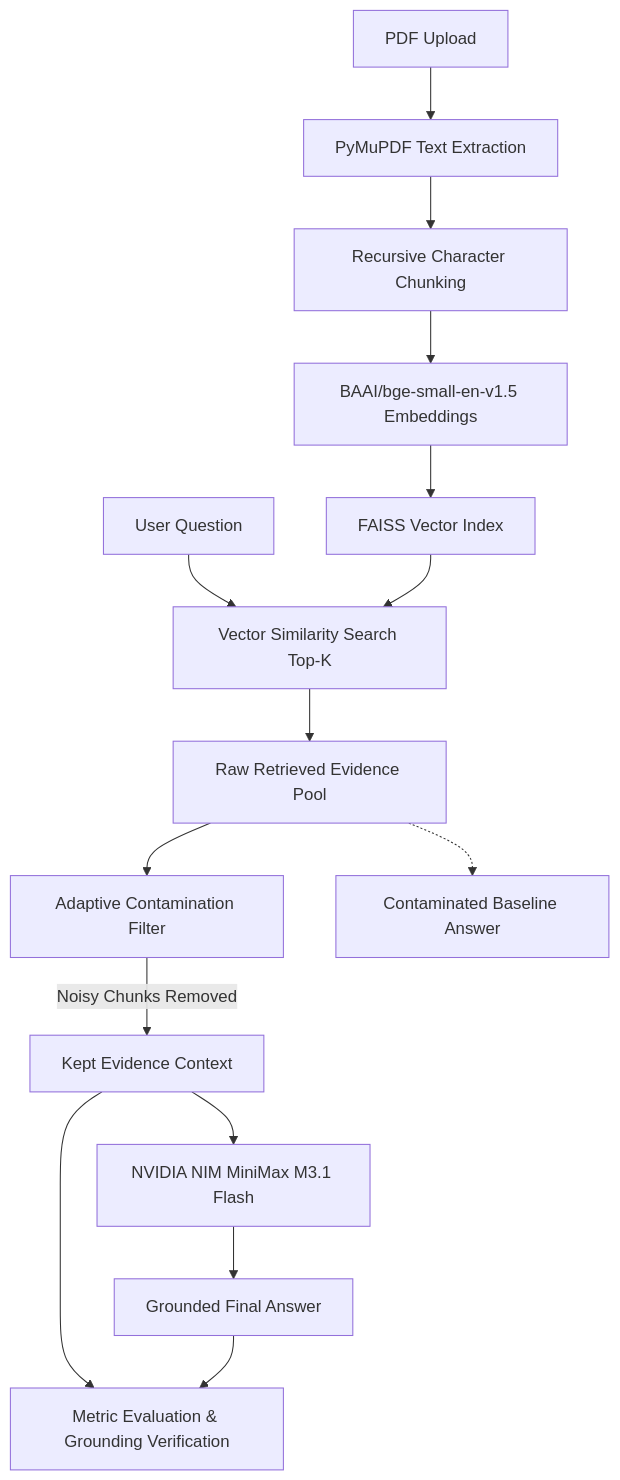
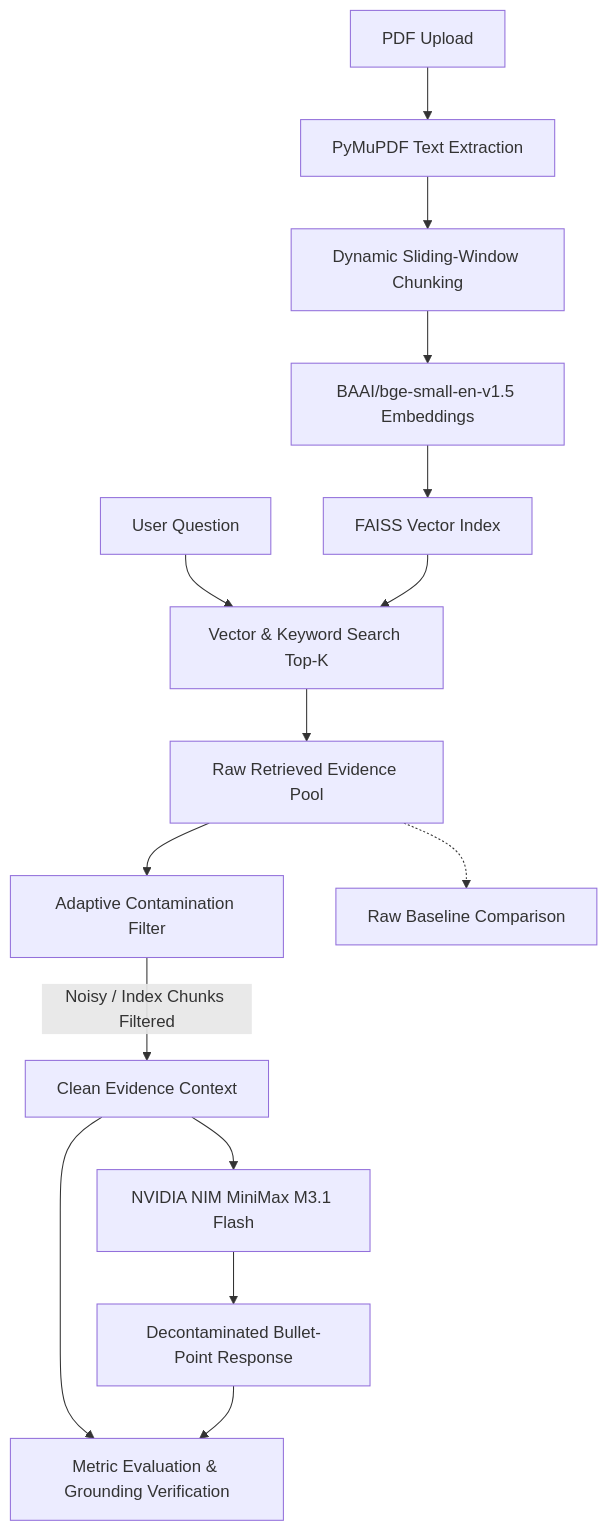
One commit to Varun-0731/Reducing-contest-contamination-llm changed the diagram in README.md. Above: the diagram before and after it, drawn with Mermaid. The commit also changed other lines of this file, not shown here.

````diff
--- a/README.md
+++ b/README.md
@@ -34,21 +33,21 @@
 ```mermaid
 flowchart TD
     A[PDF Upload] --> B[PyMuPDF Text Extraction]
-    B --> C[Recursive Character Chunking]
+    B --> C[Dynamic Sliding-Window Chunking]
     C --> D[BAAI/bge-small-en-v1.5 Embeddings]
     D --> E[FAISS Vector Index]
     
-    Q[User Question] --> F[Vector Similarity Search Top-K]
+    Q[User Question] --> F[Vector & Keyword Search Top-K]
     E --> F
     F --> G[Raw Retrieved Evidence Pool]
     
     G --> H[Adaptive Contamination Filter]
-    H -->|Noisy Chunks Removed| I[Kept Evidence Context]
+    H -->|Noisy / Index Chunks Filtered| I[Clean Evidence Context]
     
     I --> J[NVIDIA NIM MiniMax M3.1 Flash]
-    J --> K[Grounded Final Answer]
+    J --> K[Decontaminated Bullet-Point Response]
     
-    G -.-> L[Contaminated Baseline Answer]
+    G -.-> L[Raw Baseline Comparison]
     I --> M[Metric Evaluation & Grounding Verification]
     K --> M
 ```
````
